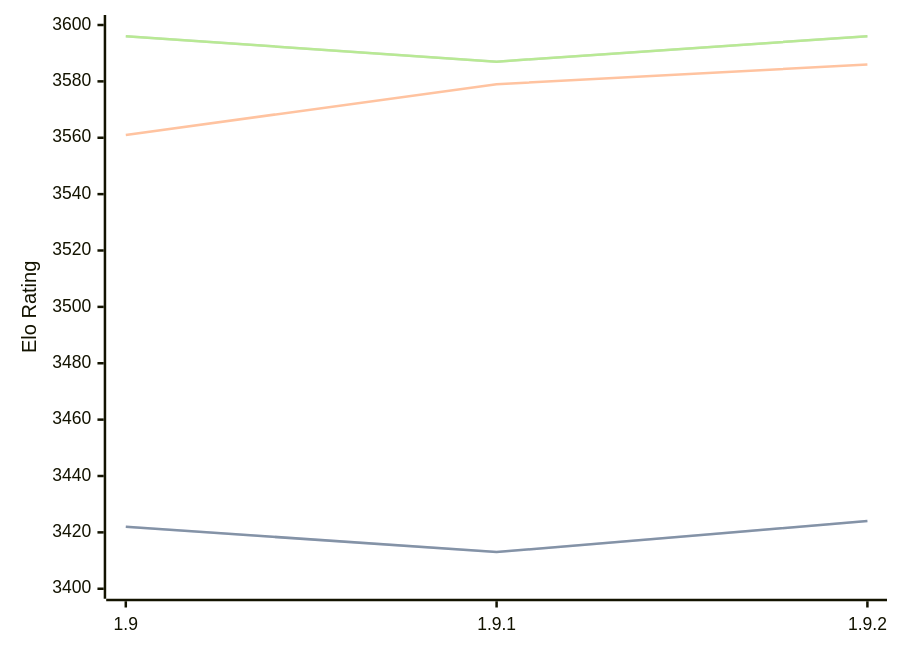
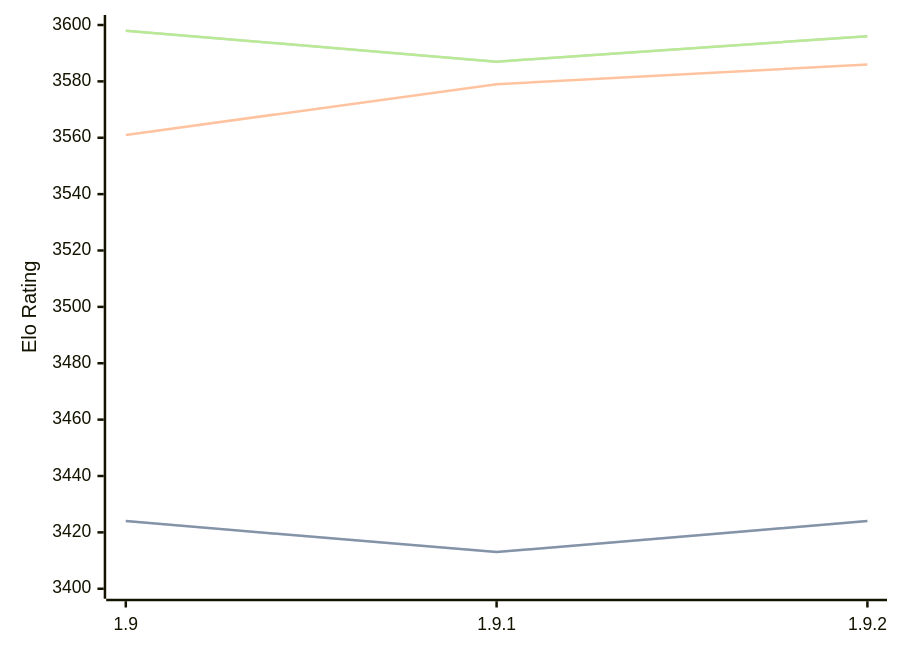
The diagram in engines/Pawnocchio.md (computer-chess-index/cci), drawn with Mermaid before and after one commit. The commit also changed other lines of this file, not shown here.

Commit message:
Update CCI Ratings (ELO VLTC) - 2026-05-13

````diff
--- a/engines/Pawnocchio.md
+++ b/engines/Pawnocchio.md
@@ -48,11 +48,11 @@
 ```mermaid
 %%{init: {"theme":"base","themeVariables":{"seriesColors:['#a3a3a3','#222221','#faa371']}}}%%
 xychart-beta
   x-axis ["1.9", "1.9.1", "1.9.2"]
   y-axis "Elo Rating" 3400 --> 3600
-  line "STC (8.0+0.08s)" [3422, 3413, 3424]
-  line "STC (8.0+0.08s)" [3422, 3413, 3424]
+  line "STC (8.0+0.08s)" [3424, 3413, 3424]
+  line "STC (8.0+0.08s)" [3424, 3413, 3424]
   line "LTC (60.0+0.60s)" [3561, 3579, 3586]
-  line "VLTC (2m24s+1.12s)" [3596, 3587, 3596]
-  line "VLTC (2m24s+1.12s)" [3596, 3587, 3596]
+  line "VLTC (2m24s+1.12s)" [3598, 3587, 3596]
+  line "VLTC (2m24s+1.12s)" [3598, 3587, 3596]
 ```
````
